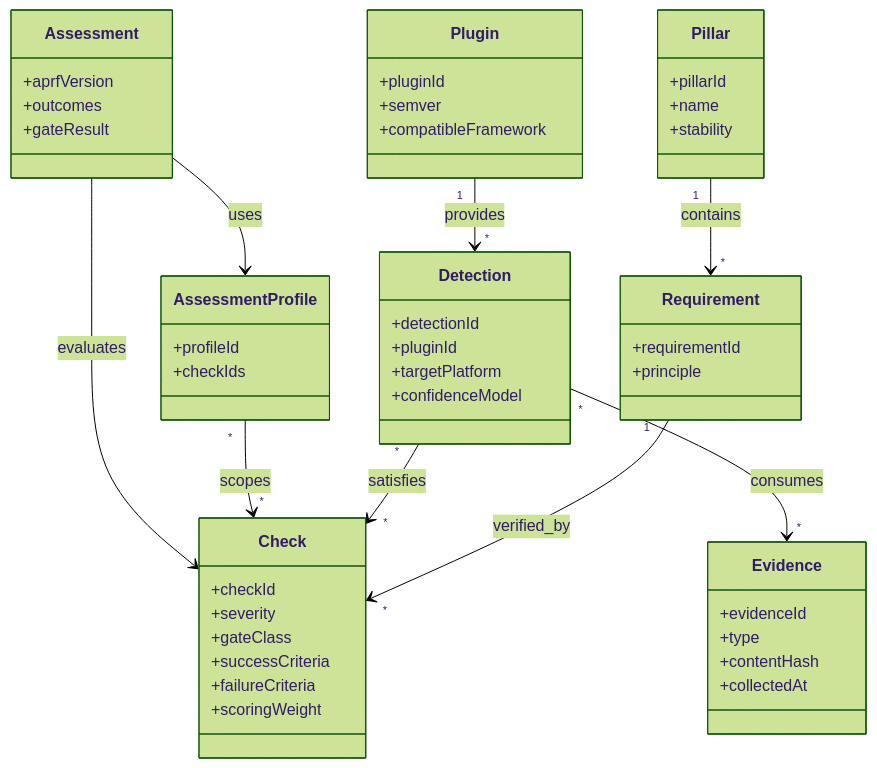
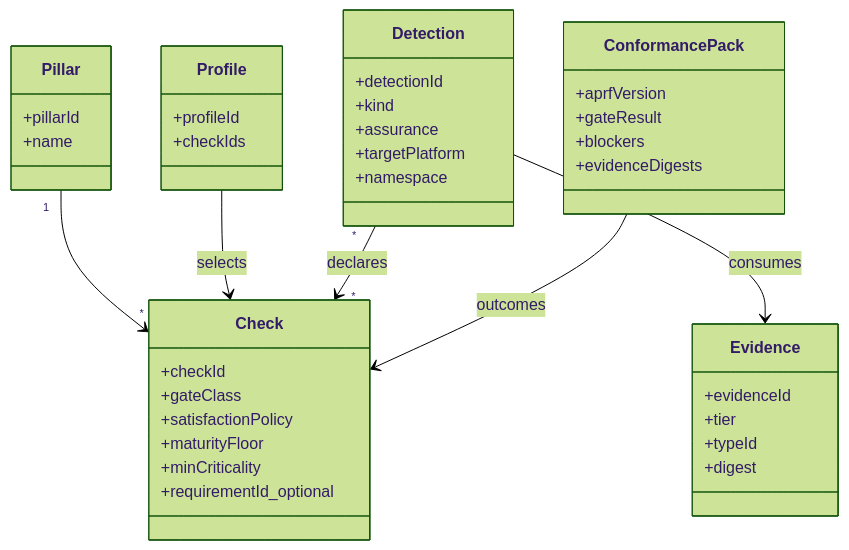
Before and after one commit to stackrail-io/APRF: the fifth of 6 diagrams in ARCHITECTURE.md, drawn with Mermaid (forest theme). The commit also changed other lines of this file and 2 other files, not shown here.

First line of the commit message:
Harden architecture after adversarial multi-vendor review.

````diff
--- a/ARCHITECTURE.md
+++ b/ARCHITECTURE.md
@@ -319,55 +229,44 @@
 ```mermaid
 classDiagram
   class Pillar {
     +pillarId
     +name
-    +stability
-  }
-  class Requirement {
-    +requirementId
-    +principle
   }
   class Check {
     +checkId
-    +severity
     +gateClass
-    +successCriteria
-    +failureCriteria
-    +scoringWeight
+    +satisfactionPolicy
+    +maturityFloor
+    +minCriticality
+    +requirementId_optional
   }
   class Detection {
     +detectionId
-    +pluginId
+    +kind
+    +assurance
     +targetPlatform
-    +confidenceModel
+    +namespace
   }
   class Evidence {
     +evidenceId
-    +type
-    +contentHash
-    +collectedAt
+    +tier
+    +typeId
+    +digest
   }
-  class Plugin {
-    +pluginId
-    +semver
-    +compatibleFramework
-  }
-  class AssessmentProfile {
+  class Profile {
     +profileId
     +checkIds
   }
-  class Assessment {
+  class ConformancePack {
     +aprfVersion
-    +outcomes
     +gateResult
+    +blockers
+    +evidenceDigests
   }
 
-  Pillar "1" --> "*" Requirement : contains
-  Requirement "1" --> "*" Check : verified_by
-  Detection "*" --> "*" Check : satisfies
-  Detection "*" --> "*" Evidence : consumes
-  Plugin "1" --> "*" Detection : provides
-  AssessmentProfile "*" --> "*" Check : scopes
-  Assessment --> AssessmentProfile : uses
-  Assessment --> Check : evaluates
+  Pillar "1" --> "*" Check
+  Profile --> Check : selects
+  Detection "*" --> "*" Check : declares
+  Detection --> Evidence : consumes
+  ConformancePack --> Check : outcomes
 ```
````
